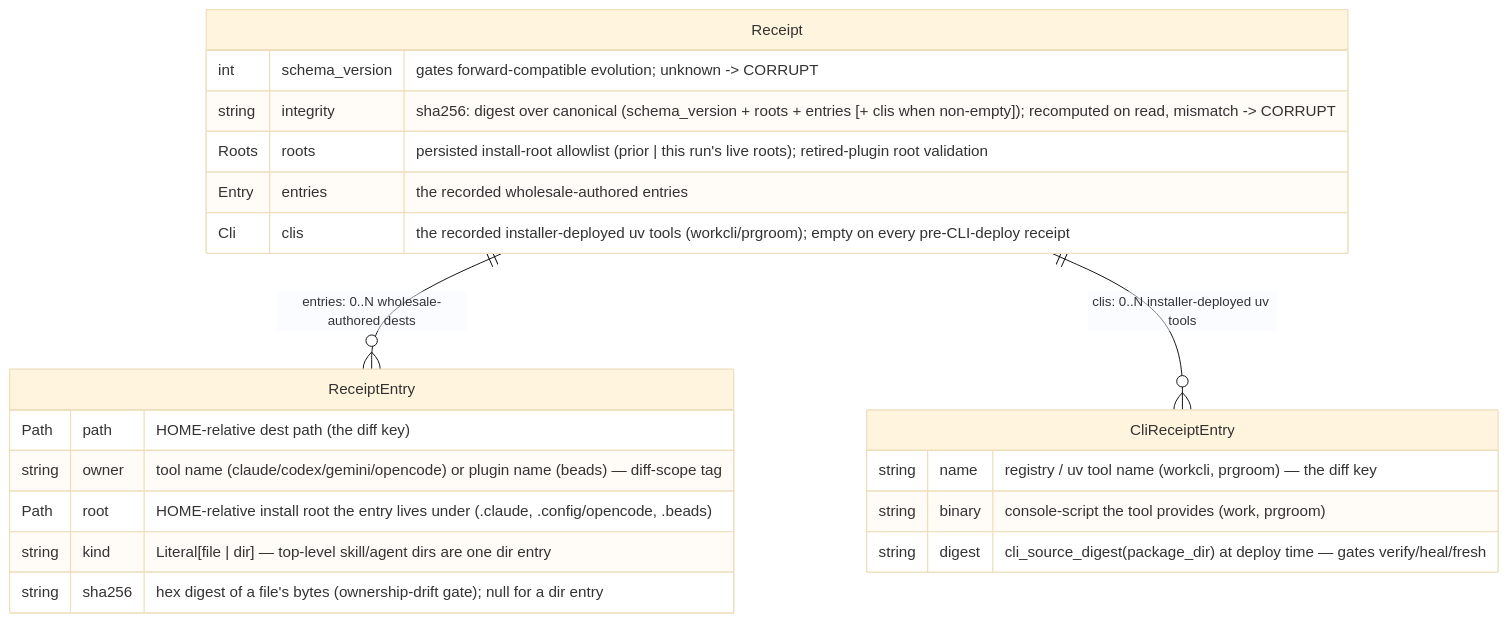
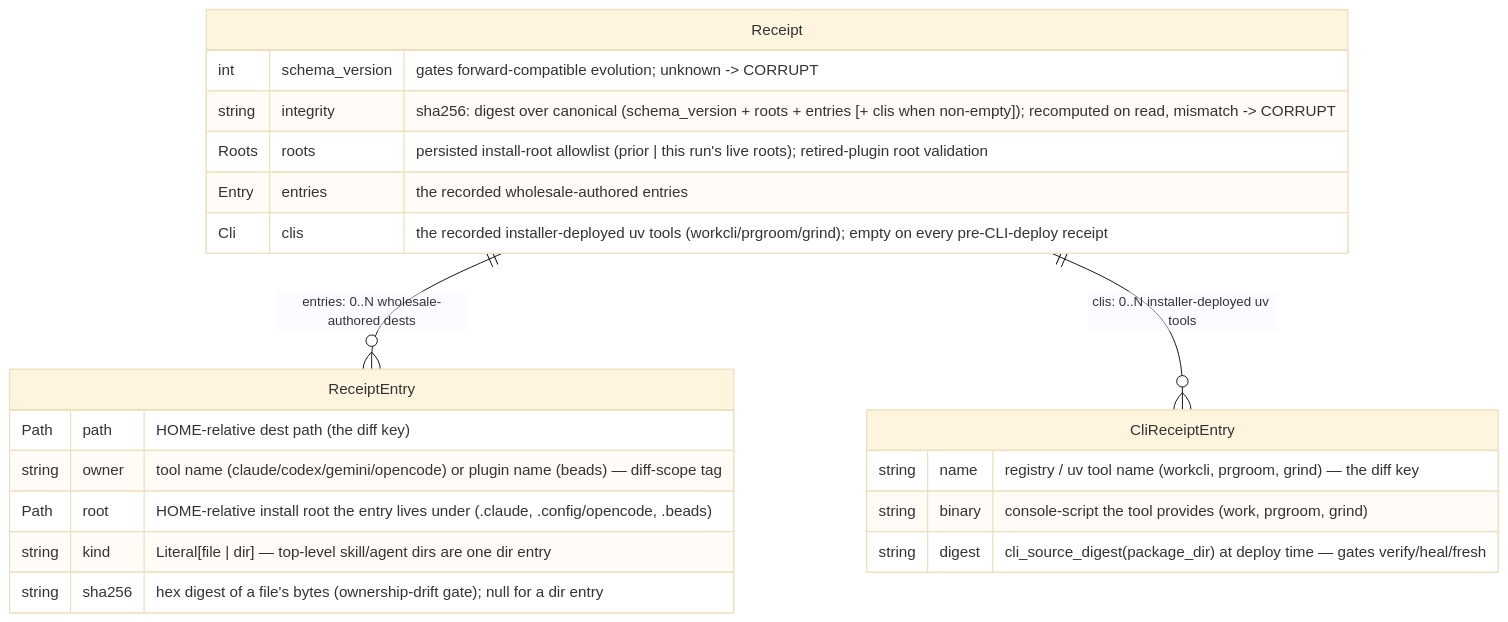
The second of 3 diagrams in docs/architecture/installer/data-view.md (scotthamilton77/agents-config), drawn with Mermaid (base theme) before and after one commit. The commit also changed other lines of this file and 7 other files, not shown here.

First line of the commit message:
chore(9k9.1.5): register grind in installer CLI_PACKAGES (#391)

````diff
--- a/docs/architecture/installer/data-view.md
+++ b/docs/architecture/installer/data-view.md
@@ -144,27 +144,27 @@
 ```mermaid
 erDiagram
     Receipt ||--o{ ReceiptEntry : "entries: 0..N wholesale-authored dests"
     Receipt ||--o{ CliReceiptEntry : "clis: 0..N installer-deployed uv tools"
 
     Receipt {
         int    schema_version  "gates forward-compatible evolution; unknown -> CORRUPT"
         string integrity       "sha256: digest over canonical (schema_version + roots + entries [+ clis when non-empty]); recomputed on read, mismatch -> CORRUPT"
         Roots  roots           "persisted install-root allowlist (prior | this run's live roots); retired-plugin root validation"
         Entry  entries         "the recorded wholesale-authored entries"
-        Cli    clis            "the recorded installer-deployed uv tools (workcli/prgroom); empty on every pre-CLI-deploy receipt"
+        Cli    clis            "the recorded installer-deployed uv tools (workcli/prgroom/grind); empty on every pre-CLI-deploy receipt"
     }
 
     ReceiptEntry {
         Path   path    "HOME-relative dest path (the diff key)"
         string owner   "tool name (claude/codex/gemini/opencode) or plugin name (beads) — diff-scope tag"
         Path   root    "HOME-relative install root the entry lives under (.claude, .config/opencode, .beads)"
         string kind    "Literal[file | dir] — top-level skill/agent dirs are one dir entry"
         string sha256  "hex digest of a file's bytes (ownership-drift gate); null for a dir entry"
     }
 
     CliReceiptEntry {
-        string name    "registry / uv tool name (workcli, prgroom) — the diff key"
-        string binary  "console-script the tool provides (work, prgroom)"
+        string name    "registry / uv tool name (workcli, prgroom, grind) — the diff key"
+        string binary  "console-script the tool provides (work, prgroom, grind)"
         string digest  "cli_source_digest(package_dir) at deploy time — gates verify/heal/fresh"
     }
 ```
````
